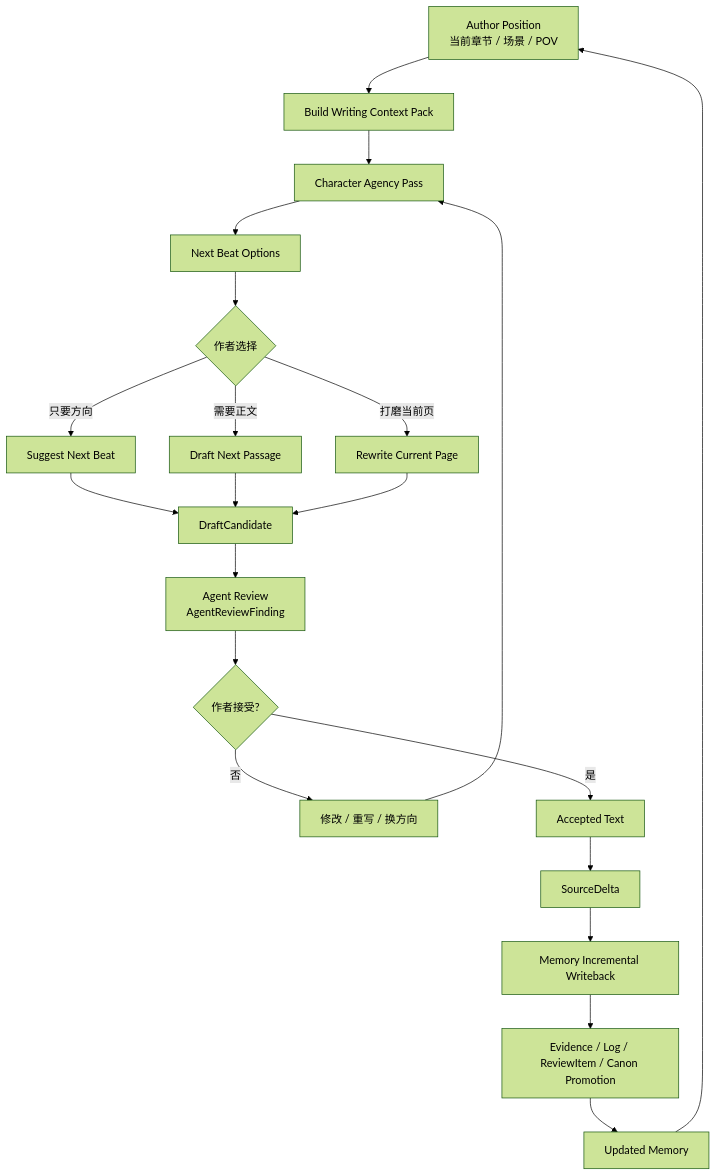
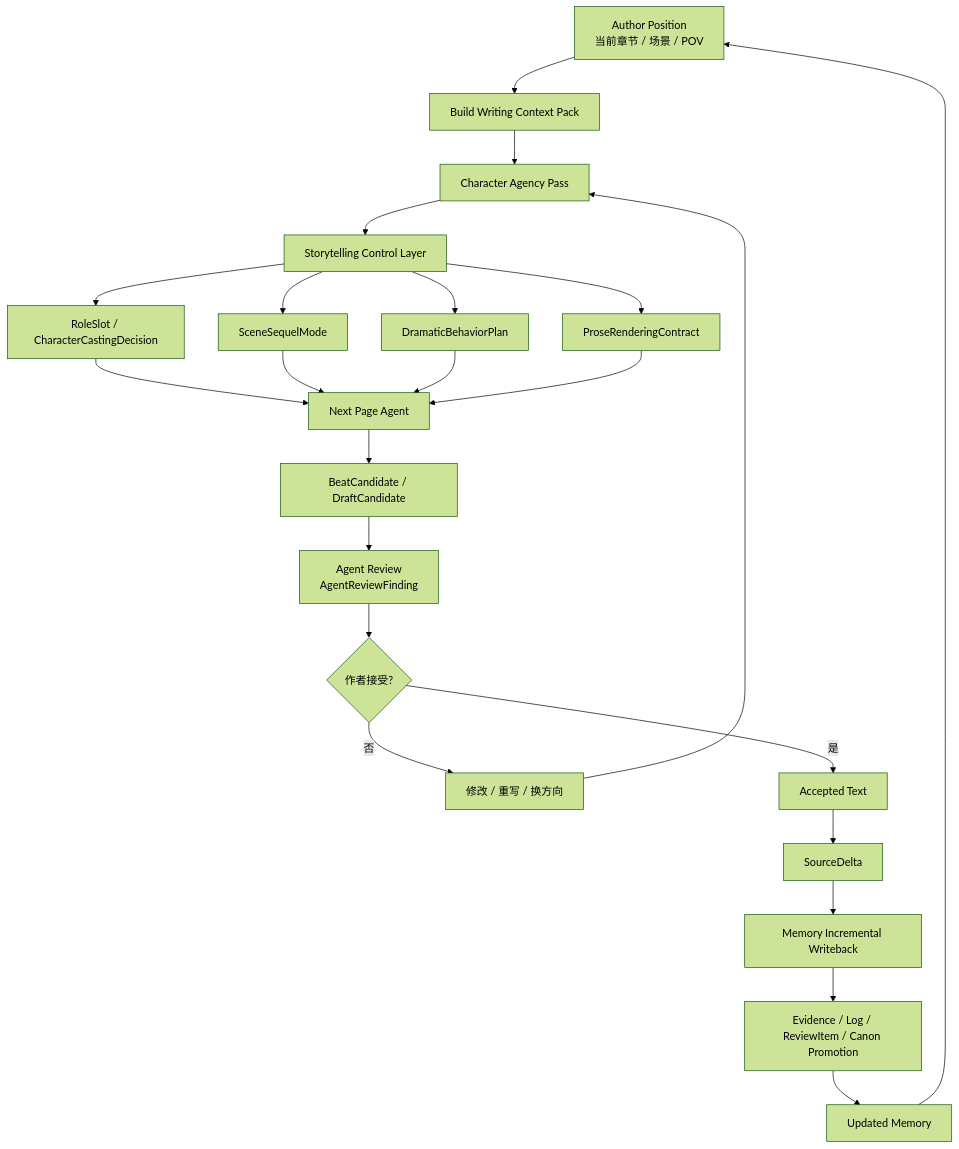
Before and after one commit to FrankQDWang/sextantlabs: the first of 2 diagrams in AGENT_GOAL.md, drawn with Mermaid (forest theme). The commit also changed other lines of this file and 13 other files, not shown here.

First line of the commit message:
设计 Storytelling Control Layer：角色扩展与戏剧化转译

````diff
--- a/AGENT_GOAL.md
+++ b/AGENT_GOAL.md
@@ -40,23 +43,25 @@
 ```mermaid
 flowchart TD
     A[Author Position\n当前章节 / 场景 / POV] --> B[Build Writing Context Pack]
     B --> C[Character Agency Pass]
-    C --> D[Next Beat Options]
-    D --> E{作者选择}
-    E -->|只要方向| F[Suggest Next Beat]
-    E -->|需要正文| G[Draft Next Passage]
-    E -->|打磨当前页| H[Rewrite Current Page]
-    F --> I[DraftCandidate]
+    C --> D[Storytelling Control Layer]
+    D --> E[RoleSlot / CharacterCastingDecision]
+    D --> F[SceneSequelMode]
+    D --> G[DramaticBehaviorPlan]
+    D --> H[ProseRenderingContract]
+    E --> I[Next Page Agent]
+    F --> I
     G --> I
     H --> I
-    I --> J[Agent Review\nAgentReviewFinding]
-    J --> K{作者接受?}
-    K -->|否| L[修改 / 重写 / 换方向]
-    L --> C
-    K -->|是| M[Accepted Text]
-    M --> N[SourceDelta]
-    N --> O[Memory Incremental Writeback]
-    O --> P[Evidence / Log / ReviewItem / Canon Promotion]
-    P --> Q[Updated Memory]
-    Q --> A
+    I --> J[BeatCandidate / DraftCandidate]
+    J --> K[Agent Review\nAgentReviewFinding]
+    K --> L{作者接受?}
+    L -->|否| M[修改 / 重写 / 换方向]
+    M --> C
+    L -->|是| N[Accepted Text]
+    N --> O[SourceDelta]
+    O --> P[Memory Incremental Writeback]
+    P --> Q[Evidence / Log / ReviewItem / Canon Promotion]
+    Q --> R[Updated Memory]
+    R --> A
 ```
````
